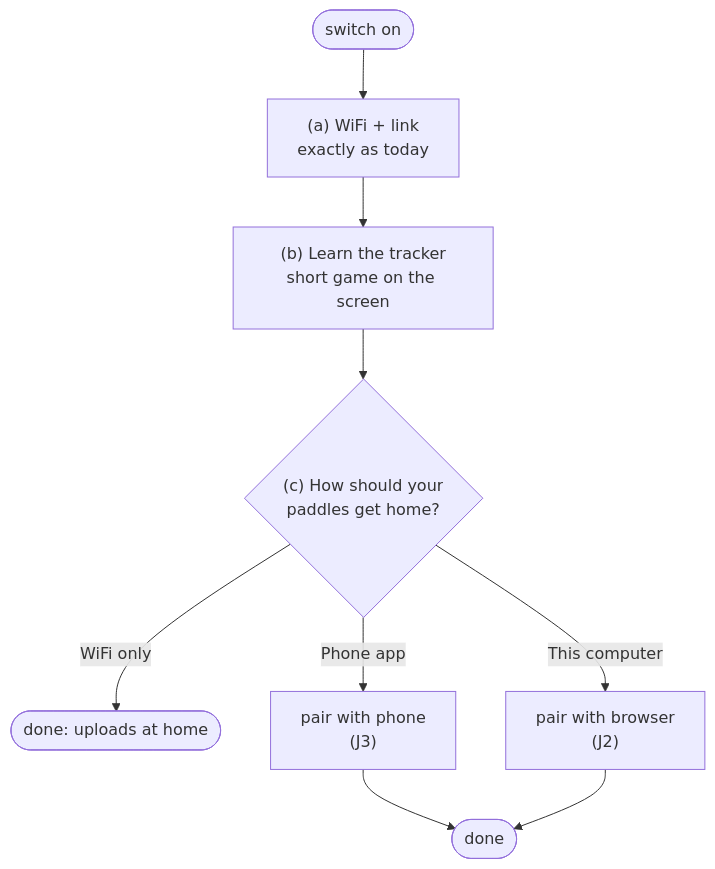
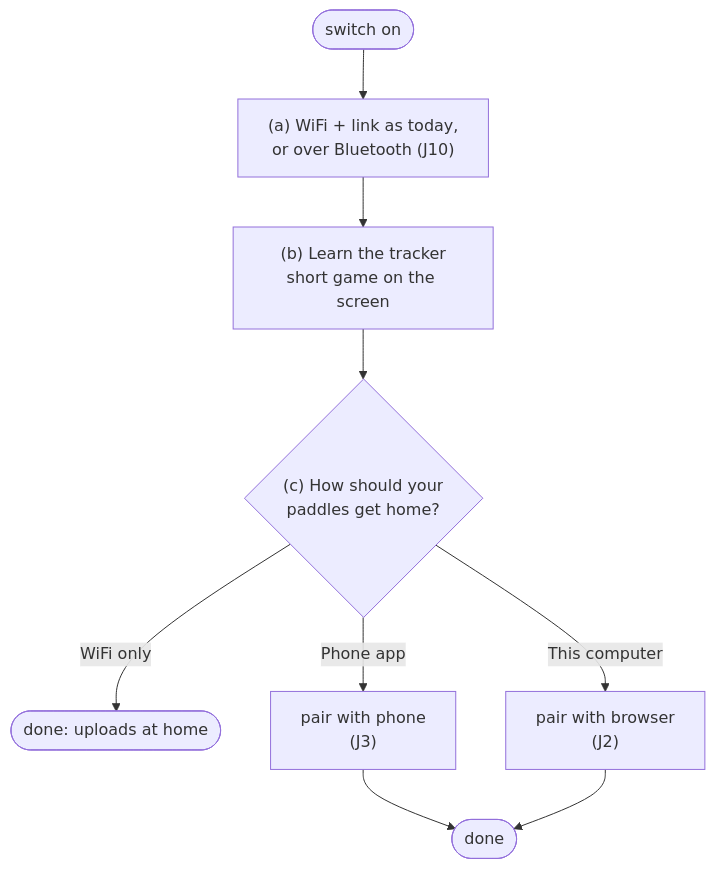
The diagram in docs/features/tracker-bluetooth-sync.md (baldur/paddlesnitch), drawn with Mermaid before and after one commit. The commit also changed other lines of this file, not shown here.

Commit message:
docs(bluetooth-sync): Settings toggle for trackers in use, Bluetooth linking, updates over Bluetooth

````diff
--- a/docs/features/tracker-bluetooth-sync.md
+++ b/docs/features/tracker-bluetooth-sync.md
@@ -74,11 +82,11 @@
 ```mermaid
 flowchart TD
-    A([switch on]) --> B["(a) WiFi + link<br/>exactly as today"]
+    A([switch on]) --> B["(a) WiFi + link as today,<br/>or over Bluetooth (J10)"]
     B --> C["(b) Learn the tracker<br/>short game on the screen"]
     C --> D{"(c) How should your<br/>paddles get home?"}
     D -- "WiFi only" --> W([done: uploads at home])
     D -- "Phone app" --> P["pair with phone<br/>(J3)"]
     D -- "This computer" --> Q["pair with browser<br/>(J2)"]
     P --> E([done])
     Q --> E
 ```
````
